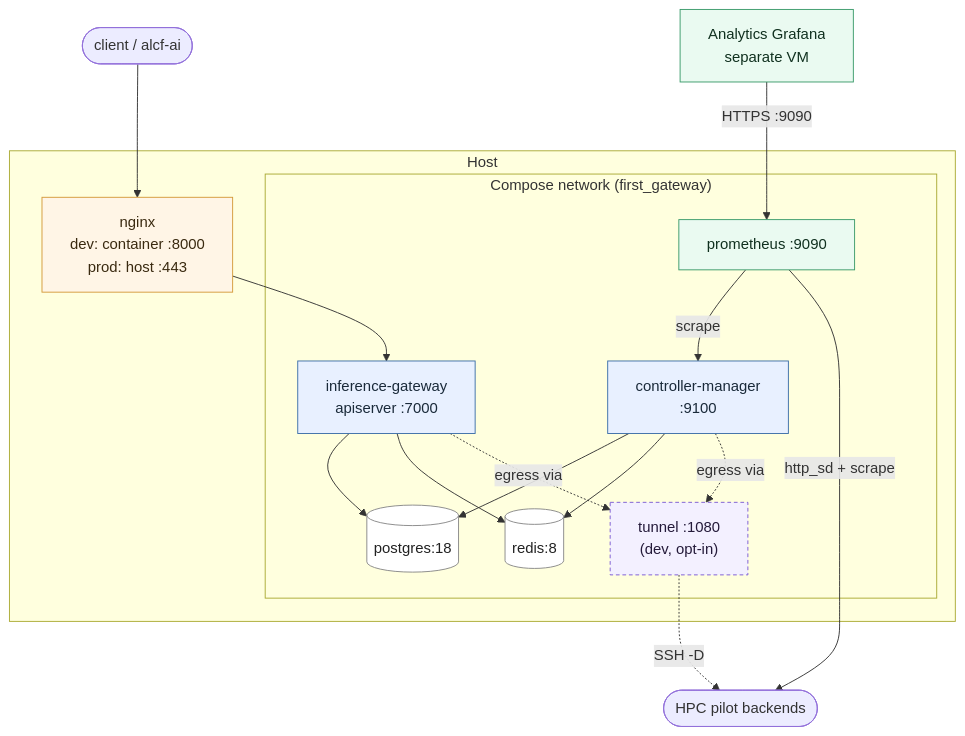
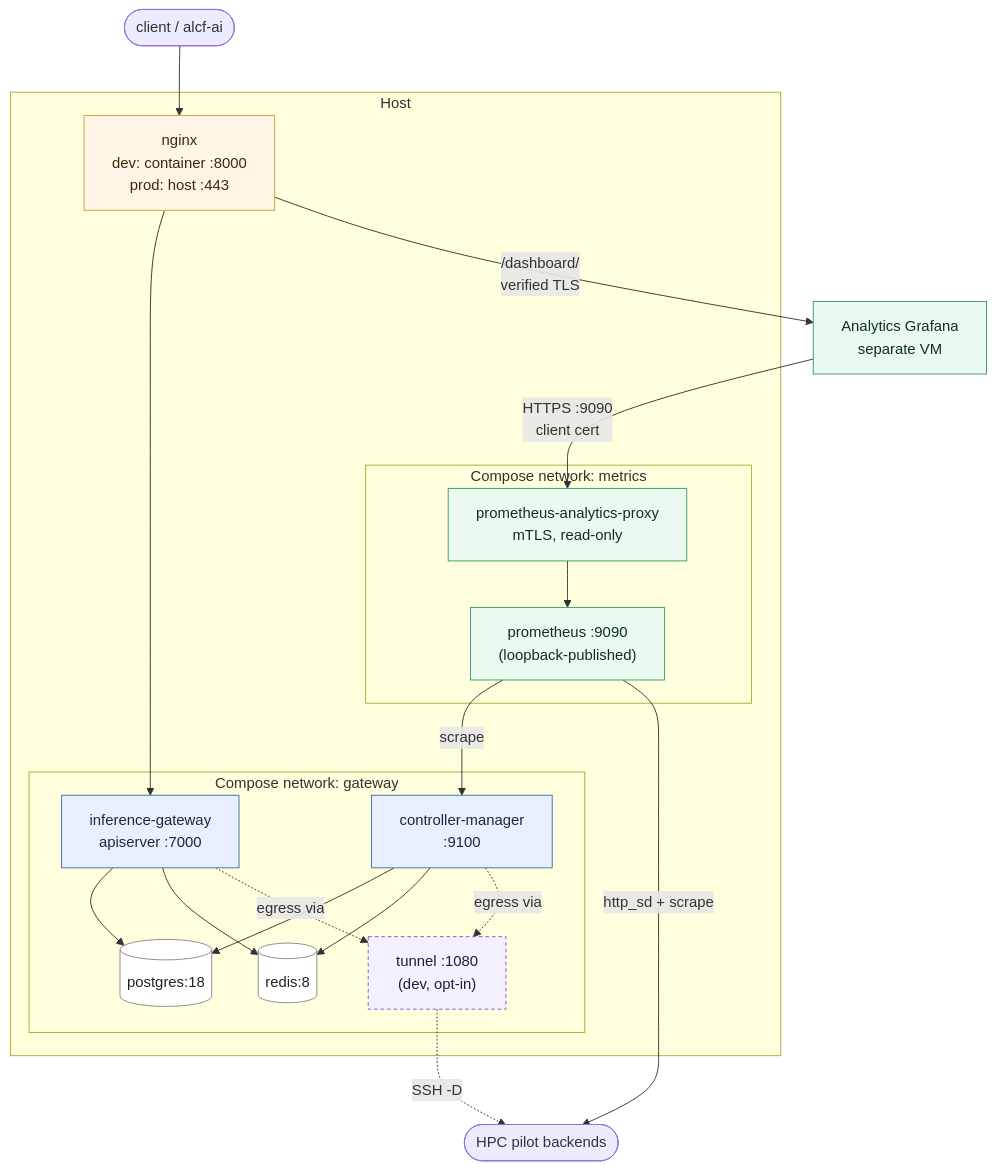
Before and after one commit to argonne-lcf/FIRST: the diagram in docs/deployment/docker.md, drawn with Mermaid. The commit also changed other lines of this file and 11 other files, not shown here.

````diff
--- a/docs/deployment/docker.md
+++ b/docs/deployment/docker.md
@@ -26,34 +28,38 @@
 ```mermaid
 flowchart TB
     classDef gw fill:#e8f0ff,stroke:#3b6ea8,color:#1a2a3a
     classDef store fill:#ffffff,stroke:#888,color:#222
     classDef proxy fill:#fff5e6,stroke:#d49a3a,color:#3a2a10
     classDef obs fill:#eafaf1,stroke:#3a9a6a,color:#10301f
     classDef opt fill:#f3f0ff,stroke:#7a5ad4,color:#241a3a,stroke-dasharray: 4 3
 
     Client([client / alcf-ai])
 
     subgraph host[Host]
       NX["nginx<br/>dev: container :8000<br/>prod: host :443"]:::proxy
-      subgraph net["Compose network (first_gateway)"]
+      subgraph net["Compose network: gateway"]
         API["inference-gateway<br/>apiserver :7000"]:::gw
         CM["controller-manager<br/>:9100"]:::gw
         PG[("postgres:18")]:::store
         RD[("redis:8")]:::store
-        PROM["prometheus :9090"]:::obs
         TUN["tunnel :1080<br/>(dev, opt-in)"]:::opt
+      end
+      subgraph mnet["Compose network: metrics"]
+        PROM["prometheus :9090<br/>(loopback-published)"]:::obs
+        APX["prometheus-analytics-proxy<br/>mTLS, read-only"]:::obs
       end
     end
     Pilot([HPC pilot backends])
 
     Client --> NX --> API
     API --> PG & RD
     CM --> PG & RD
     PROM -->|scrape| CM
     PROM -->|http_sd + scrape| Pilot
     ANALYTICS["Analytics Grafana<br/>separate VM"]:::obs
-    ANALYTICS -->|HTTPS :9090| PROM
+    ANALYTICS -->|"HTTPS :9090<br/>client cert"| APX --> PROM
+    NX -->|"/dashboard/<br/>verified TLS"| ANALYTICS
     API -.egress via.-> TUN
     CM -.egress via.-> TUN
     TUN -.SSH -D.-> Pilot
 ```
````
